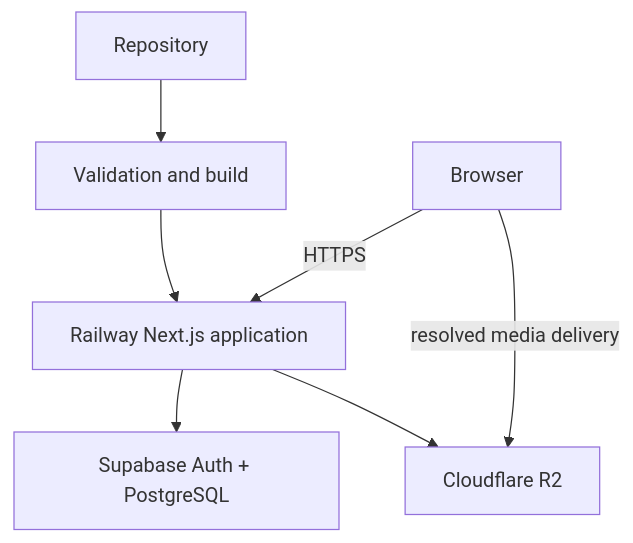
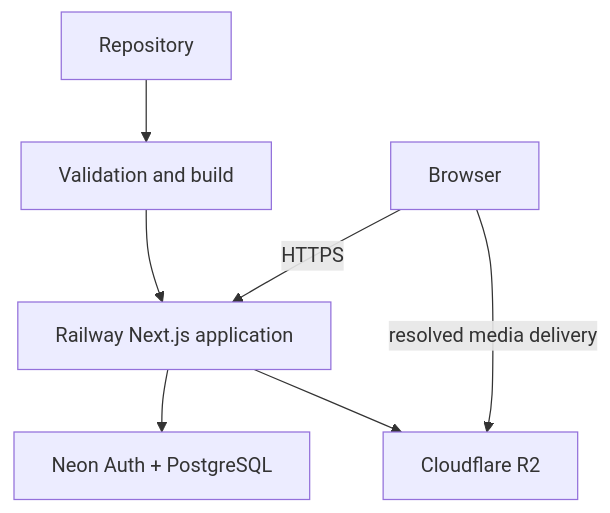
Before and after one commit to OzAvrahami/cockpitpath: the first of 3 diagrams in docs/architecture/deployment.md, drawn with Mermaid. The commit also changed other lines of this file and 13 other files, not shown here.

Commit message:
docs: migrate platform architecture to Neon

````diff
--- a/docs/architecture/deployment.md
+++ b/docs/architecture/deployment.md
@@ -12,9 +12,9 @@
 ```mermaid
 flowchart TB
     Git[Repository] --> CI[Validation and build]
     CI --> Rail[Railway Next.js application]
-    Rail --> Supa[Supabase Auth + PostgreSQL]
+    Rail --> Neon[Neon Auth + PostgreSQL]
     Rail --> R2[Cloudflare R2]
     Browser -->|HTTPS| Rail
     Browser -->|resolved media delivery| R2
 ```
````
